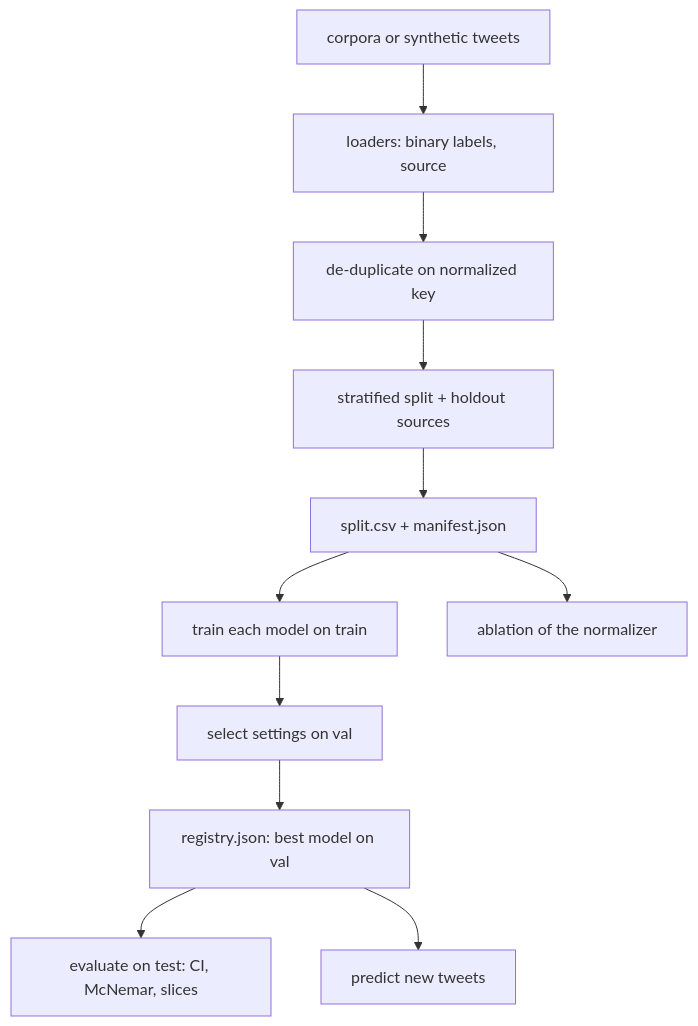
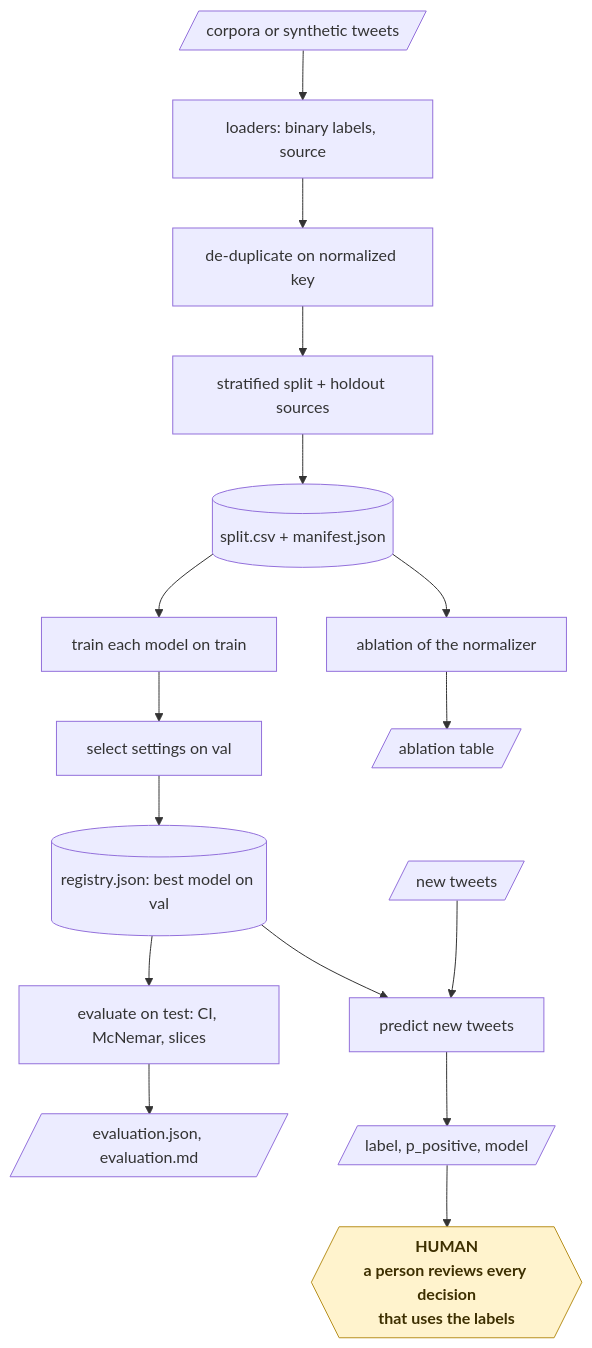
The fifth of 18 diagrams in README.md (KrishnaAnnavaram/tweetmood), drawn with Mermaid before and after one commit. The commit also changed other lines of this file, not shown here.

Commit message:
Add the workflow diagrams to the README

````diff
--- a/README.md
+++ b/README.md
@@ -203,13 +268,21 @@
 ```mermaid
-flowchart TB
-    SRC["corpora or synthetic tweets"] --> LOAD["loaders: binary labels, source"]
+flowchart TD
+    SRC[/"corpora or synthetic tweets"/] --> LOAD["loaders: binary labels, source"]
     LOAD --> DEDUP["de-duplicate on normalized key"]
     DEDUP --> SPLIT["stratified split + holdout sources"]
-    SPLIT --> MAN["split.csv + manifest.json"]
+    SPLIT --> MAN[("split.csv + manifest.json")]
     MAN --> TRAIN["train each model on train"]
     TRAIN --> SEL["select settings on val"]
-    SEL --> REG["registry.json: best model on val"]
+    SEL --> REG[("registry.json: best model on val")]
     REG --> EVAL["evaluate on test: CI, McNemar, slices"]
-    REG --> PRED["predict new tweets"]
+    EVAL --> REP[/"evaluation.json, evaluation.md"/]
+    NEW[/"new tweets"/] --> PRED["predict new tweets"]
+    REG --> PRED
+    PRED --> LAB[/"label, p_positive, model"/]
     MAN --> ABL["ablation of the normalizer"]
+    ABL --> ABT[/"ablation table"/]
+    LAB --> HUMAN{{"HUMAN<br/>a person reviews every decision<br/>that uses the labels"}}
+
+    classDef human fill:#fff3cd,stroke:#b8901f,color:#3d2f00,font-weight:bold
+    class HUMAN human
 ```
````
